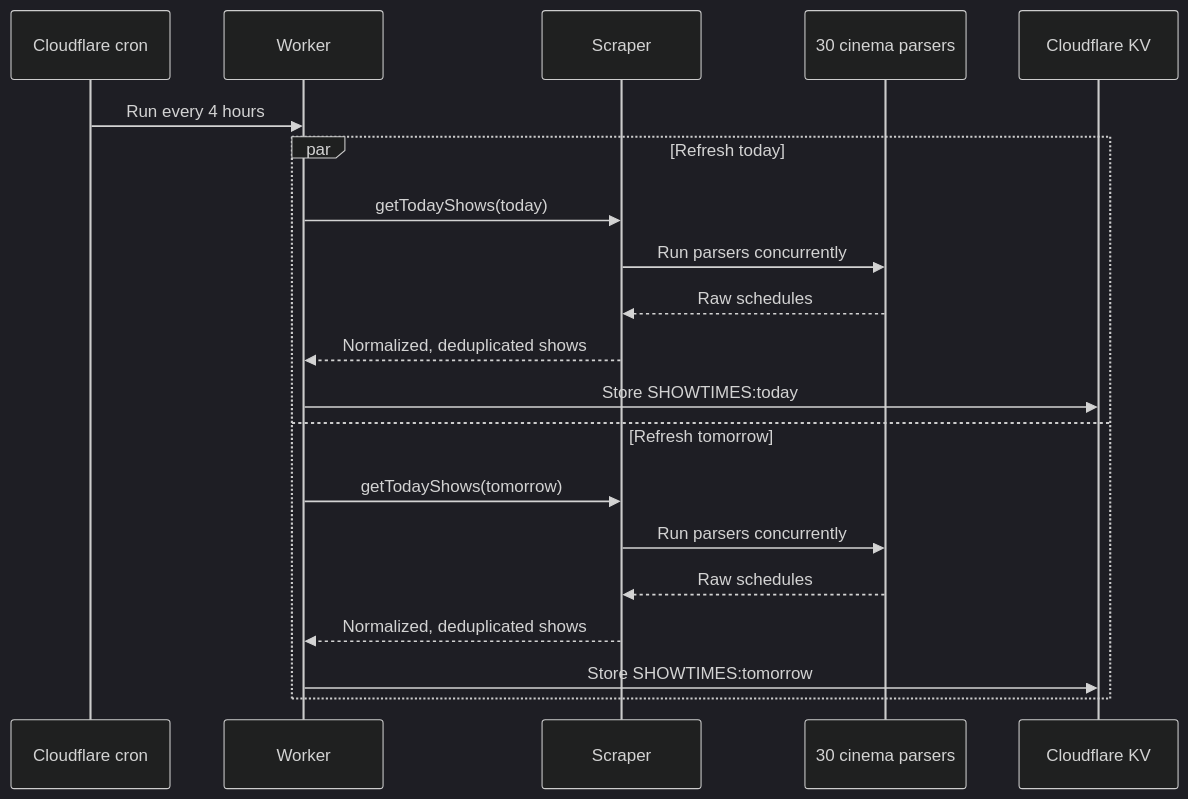
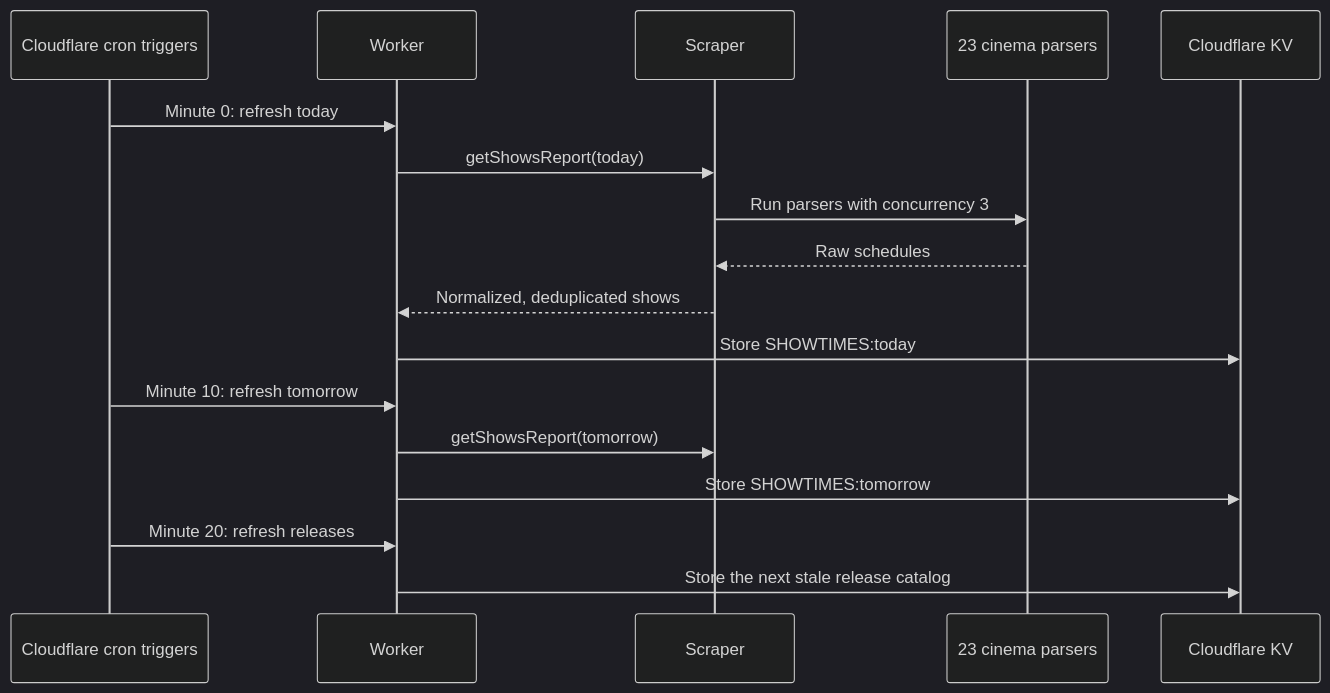
One commit to herol3oy/kinoradar changed the second of 2 diagrams in README.md. Above: the diagram before and after it, drawn with Mermaid (dark theme). The commit also changed other lines of this file and 13 other files, not shown here.

````diff
--- a/README.md
+++ b/README.md
@@ -69,23 +62,20 @@
 ```mermaid
 sequenceDiagram
-    participant C as Cloudflare cron
+    participant C as Cloudflare cron triggers
     participant W as Worker
     participant S as Scraper
-    participant P as 30 cinema parsers
+    participant P as 23 cinema parsers
     participant K as Cloudflare KV
 
-    C->>W: Run every 4 hours
-    par Refresh today
-        W->>S: getTodayShows(today)
-        S->>P: Run parsers concurrently
-        P-->>S: Raw schedules
-        S-->>W: Normalized, deduplicated shows
-        W->>K: Store SHOWTIMES:today
-    and Refresh tomorrow
-        W->>S: getTodayShows(tomorrow)
-        S->>P: Run parsers concurrently
-        P-->>S: Raw schedules
-        S-->>W: Normalized, deduplicated shows
-        W->>K: Store SHOWTIMES:tomorrow
-    end
+    C->>W: Minute 0: refresh today
+    W->>S: getShowsReport(today)
+    S->>P: Run parsers with concurrency 3
+    P-->>S: Raw schedules
+    S-->>W: Normalized, deduplicated shows
+    W->>K: Store SHOWTIMES:today
+    C->>W: Minute 10: refresh tomorrow
+    W->>S: getShowsReport(tomorrow)
+    W->>K: Store SHOWTIMES:tomorrow
+    C->>W: Minute 20: refresh releases
+    W->>K: Store the next stale release catalog
 ```
````
